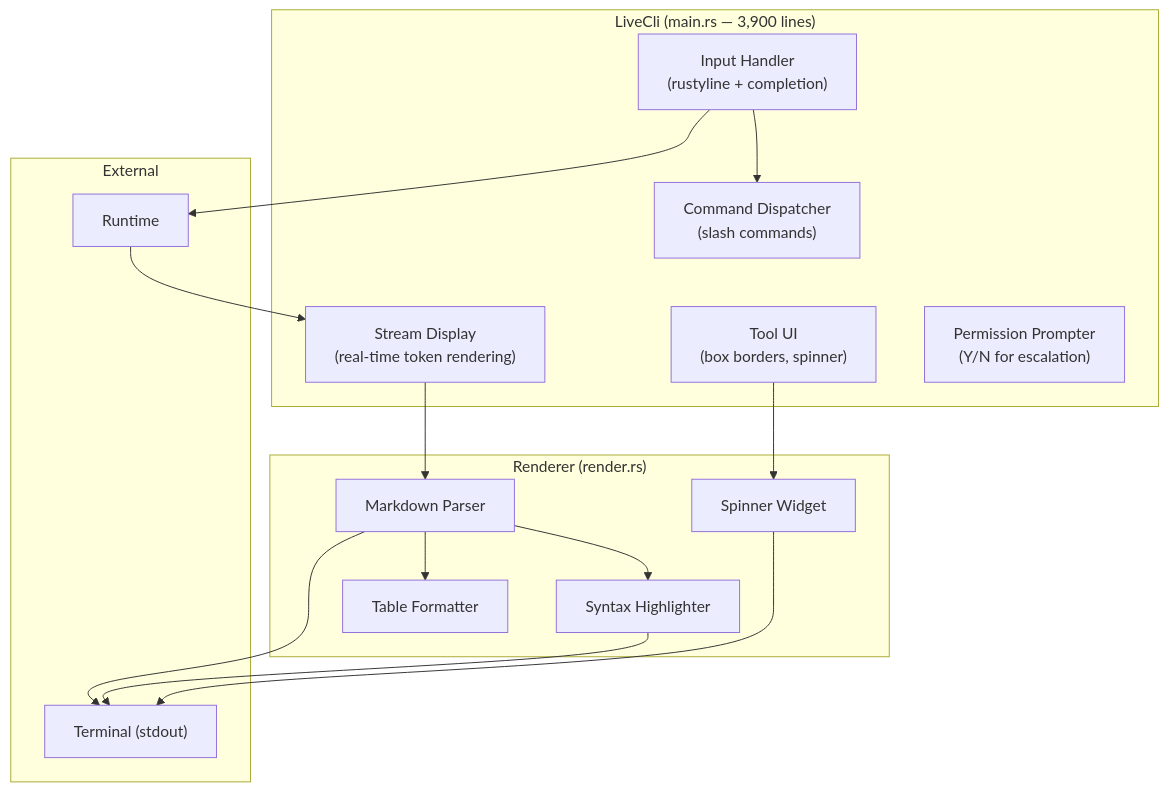
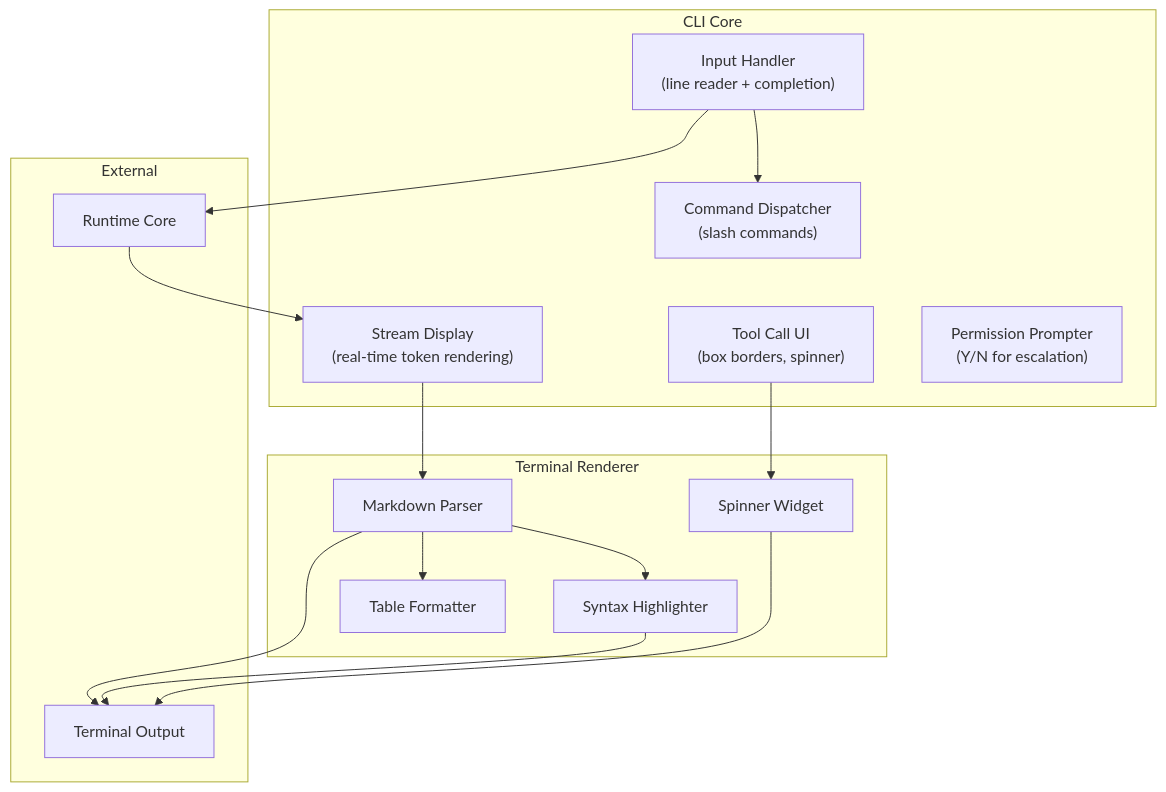
One commit to Luxshan2000/inside-claude-code changed the first of 5 diagrams in docs/11-cli-and-repl/README.md. Above: the diagram before and after it, drawn with Mermaid. The commit also changed 12 other files, not shown here.

First line of the commit message:
Clean up: Remove code-specific references, keep pure architecture concepts

````diff
--- a/docs/11-cli-and-repl/README.md
+++ b/docs/11-cli-and-repl/README.md
@@ -11,33 +11,33 @@
 ```mermaid
 graph TB
-    subgraph "LiveCli (main.rs — 3,900 lines)"
-        INPUT["Input Handler<br/>(rustyline + completion)"]
+    subgraph "CLI Core"
+        INPUT["Input Handler<br/>(line reader + completion)"]
         COMMANDS["Command Dispatcher<br/>(slash commands)"]
         STREAM["Stream Display<br/>(real-time token rendering)"]
-        TOOLS_UI["Tool UI<br/>(box borders, spinner)"]
+        TOOLS_UI["Tool Call UI<br/>(box borders, spinner)"]
         PERM_UI["Permission Prompter<br/>(Y/N for escalation)"]
     end
 
-    subgraph "Renderer (render.rs)"
+    subgraph "Terminal Renderer"
         MD["Markdown Parser"]
         SYNTAX["Syntax Highlighter"]
         SPINNER["Spinner Widget"]
         TABLE["Table Formatter"]
     end
 
     subgraph "External"
-        RT["Runtime"]
-        TERM["Terminal (stdout)"]
+        RT["Runtime Core"]
+        TERM["Terminal Output"]
     end
 
     INPUT --> COMMANDS
     INPUT --> RT
     RT --> STREAM
     STREAM --> MD
     MD --> SYNTAX
     MD --> TABLE
     TOOLS_UI --> SPINNER
     MD --> TERM
     SYNTAX --> TERM
     SPINNER --> TERM
 ```
````
